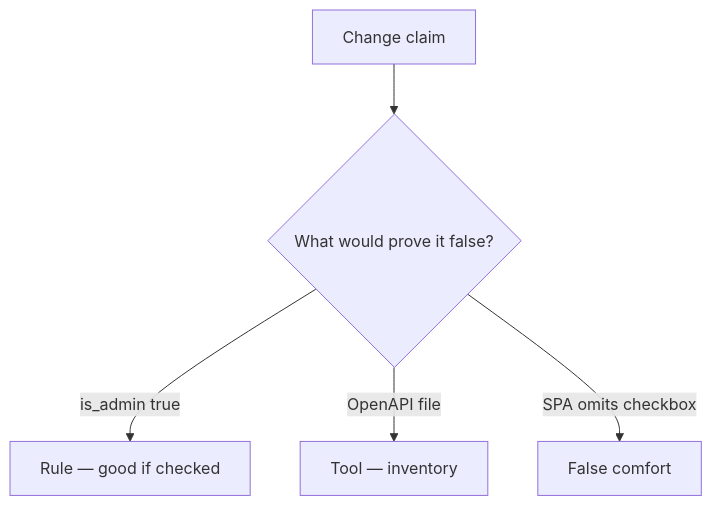
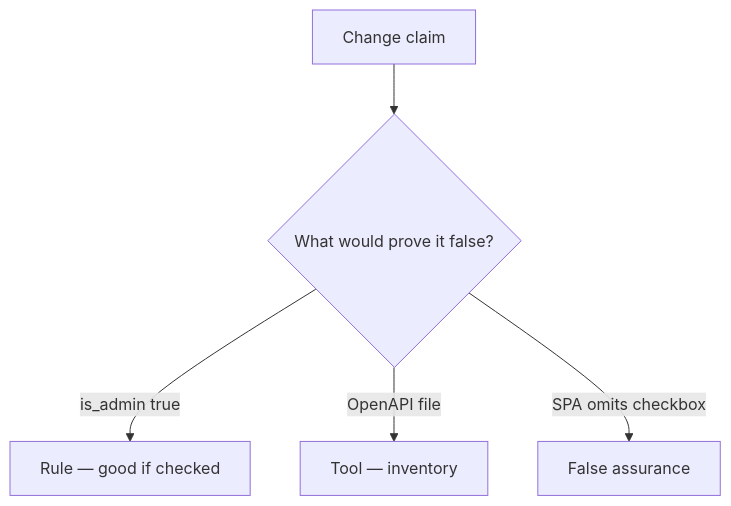
One commit to ishitvagoel/LearnSecurity changed the diagram in content/modules/7/7.1/lessons/08-review.md. Above: the diagram before and after it, drawn with Mermaid. The commit also changed other lines of this file and 240 other files, not shown here.

````diff
--- a/content/modules/7/7.1/lessons/08-review.md
+++ b/content/modules/7/7.1/lessons/08-review.md
@@ -18,7 +18,7 @@
 ```mermaid
 flowchart TD
   Claim[Change claim] --> Q{"What would prove it false?"}
   Q -->|is_admin true| Property["Rule — good if checked"]
   Q -->|OpenAPI file| Mechanism[Tool — inventory]
-  Q -->|SPA omits checkbox| False[False comfort]
+  Q -->|SPA omits checkbox| False[False assurance]
 ```
````
